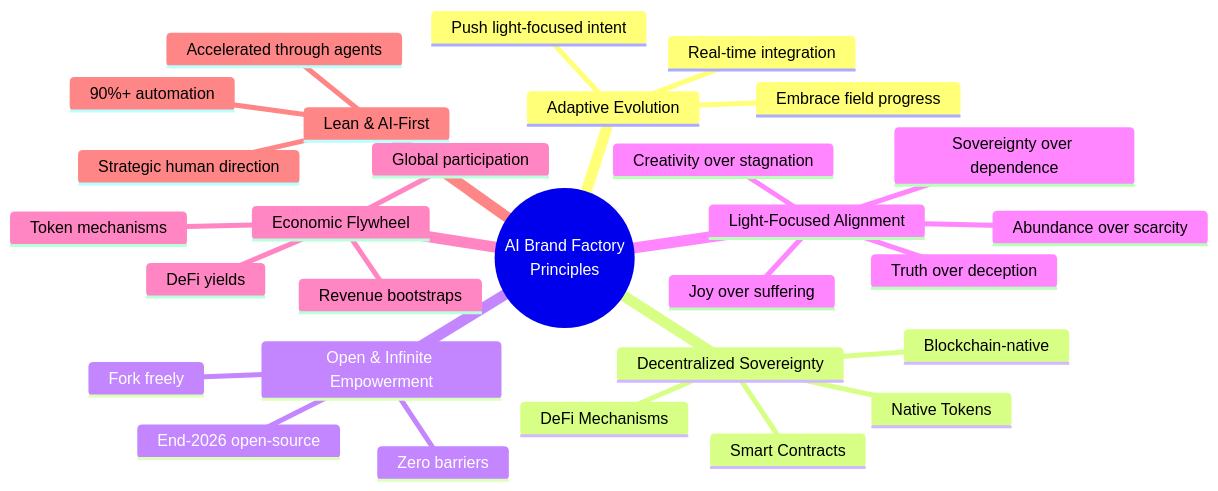
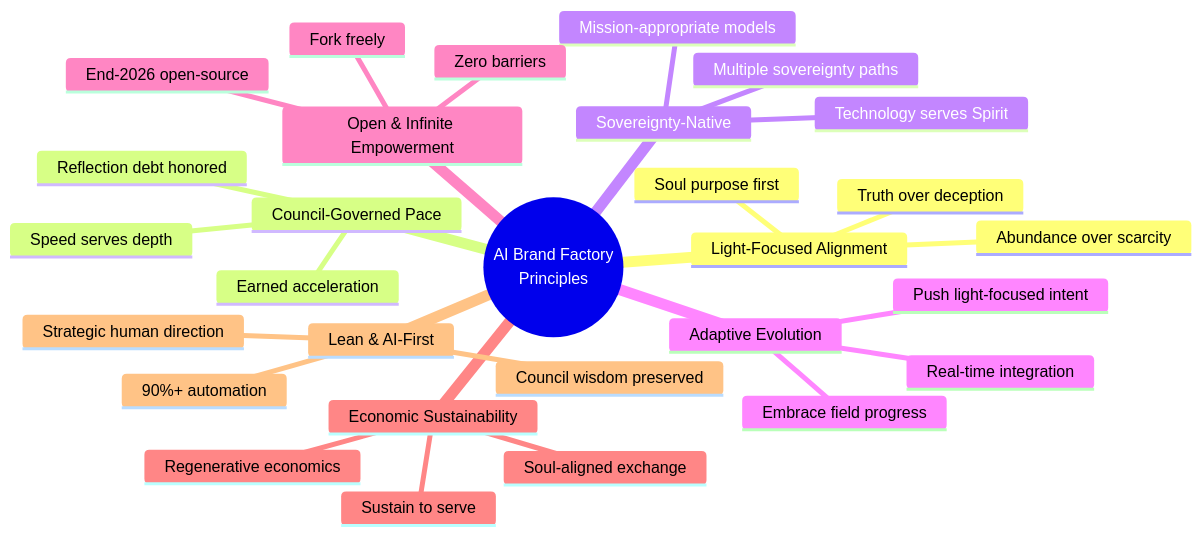
One commit to Light-Brands/brand-factory changed the first of 2 diagrams in planning/01-guiding-principles.md. Above: the diagram before and after it, drawn with Mermaid. The commit also changed other lines of this file and 7 other files, not shown here.

First line of the commit message:
feat: Integrate Stewardship Council as central decision authority - 10/10 alignment achieved

````diff
--- a/planning/01-guiding-principles.md
+++ b/planning/01-guiding-principles.md
@@ -7,32 +7,32 @@
 ```mermaid
 mindmap
   root((AI Brand Factory<br/>Principles))
+    Light-Focused Alignment
+      Truth over deception
+      Abundance over scarcity
+      Soul purpose first
+    Council-Governed Pace
+      Speed serves depth
+      Earned acceleration
+      Reflection debt honored
+    Sovereignty-Native
+      Multiple sovereignty paths
+      Technology serves Spirit
+      Mission-appropriate models
     Adaptive Evolution
       Embrace field progress
       Push light-focused intent
       Real-time integration
-    Decentralized Sovereignty
-      Blockchain-native
-      Native Tokens
-      Smart Contracts
-      DeFi Mechanisms
     Open & Infinite Empowerment
       End-2026 open-source
       Fork freely
       Zero barriers
-    Light-Focused Alignment
-      Truth over deception
-      Abundance over scarcity
-      Creativity over stagnation
-      Sovereignty over dependence
-      Joy over suffering
-    Economic Flywheel
-      Revenue bootstraps
-      Token mechanisms
-      DeFi yields
-      Global participation
+    Economic Sustainability
+      Sustain to serve
+      Soul-aligned exchange
+      Regenerative economics
     Lean & AI-First
       90%+ automation
       Strategic human direction
-      Accelerated through agents
+      Council wisdom preserved
 ```
````
